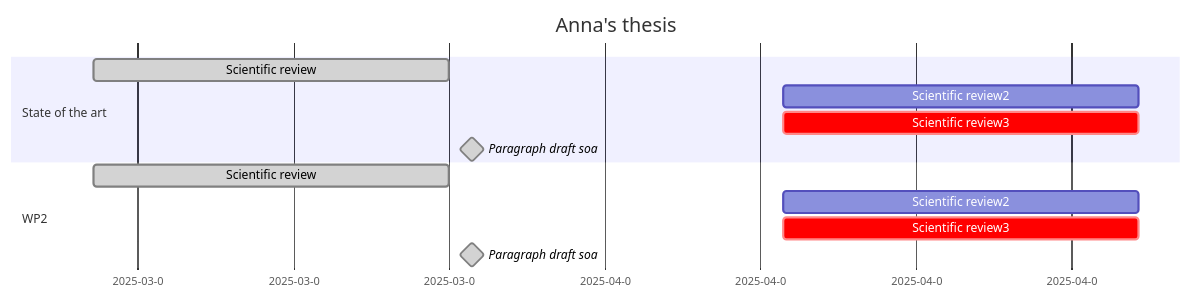
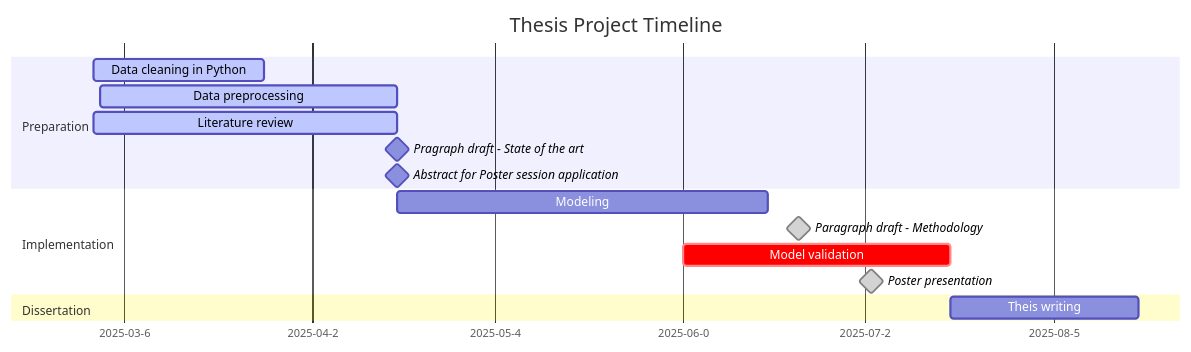
Before and after one commit to Yokopa/hospital-stay-discharge-prediction: the diagram in README.md, drawn with Mermaid. The commit also changed other lines of this file, not shown here.

Commit message:
Gantt chart

````diff
--- a/README.md
+++ b/README.md
@@ -6,18 +6,24 @@
 ```mermaid
 gantt
     dateFormat  YYYY-MM-DD
-    title       Anna's thesis
+    title       Thesis Project Timeline
     axisFormat %Y-%m-%w
 
-    section State of the art
-    Scientific review          :done, screv, 2025-03-14, 2025-03-30
-    Scientific review2          :screv, 2025-04-14, 2025-04-30
-    Scientific review3          :crit,screv, 2025-04-14, 2025-04-30
-    Paragraph draft soa              :milestone, done, 2025-03-31, 0d
+    section Preparation
+    Data cleaning in Python    :active, screv, screv 2025-02-24, 2025-03-24
+    Data preprocessing         :active, screv, 2025-02-25, 2025-04-15
+    Literature review          :active, screv, 2025-02-24, 2025-04-15
 
-    section WP2
-    Scientific review          :done, screv, 2025-03-14, 2025-03-30
-    Scientific review2          :screv, 2025-04-14, 2025-04-30
-    Scientific review3          :crit,screv, 2025-04-14, 2025-04-30
-    Paragraph draft soa              :milestone, done, 2025-03-31, 0d
+    Pragraph draft - State of the art             :milestone, 2025-04-15, 0d
+    Abstract for Poster session application              :milestone, 2025-04-15, 0d
+
+    section Implementation
+    Modeling            :screv, 2025-04-15, 2025-06-15
+    Paragraph draft - Methodology              :milestone, done, 2025-06-20, 0d
+    Model validation    :crit,screv, 2025-06-1, 2025-07-15
+
+    Poster presentation :milestone, done, 2025-07-2, 0d
+
+    section Dissertation
+    Theis writing :screv, 2025-07-15, 2025-08-15
 ```
````
